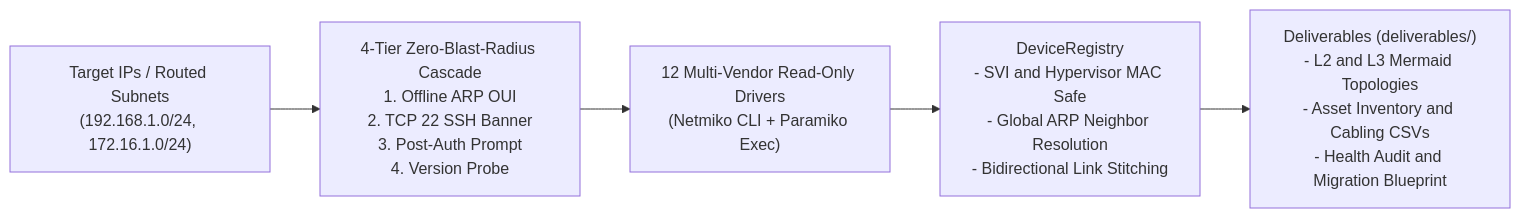
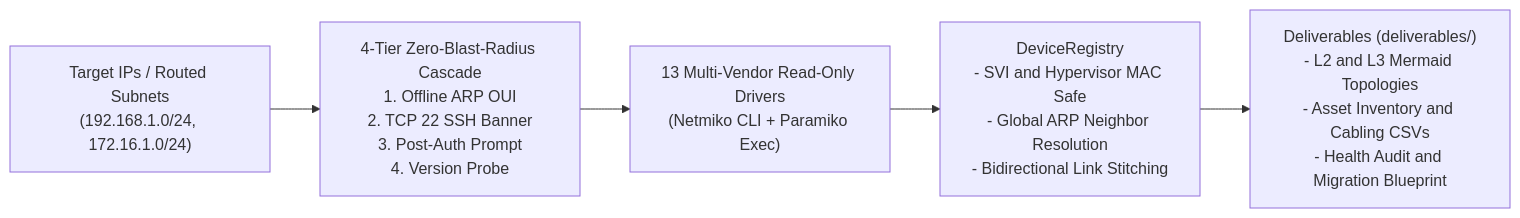
Before and after one commit to leifdavisson/net-docu-crawler: the diagram in README.md, drawn with Mermaid. The commit also changed other lines of this file and 21 other files, not shown here.

Commit message:
docs(config,drivers): align Fortinet read-only paging, packaging, credentials, and driver docs

````diff
--- a/README.md
+++ b/README.md
@@ -26,13 +26,13 @@
 ```mermaid
 flowchart LR
     Targets["Target IPs / Routed Subnets<br>(192.168.1.0/24, 172.16.1.0/24)"]
     Cascade["4-Tier Zero-Blast-Radius Cascade<br>1. Offline ARP OUI<br>2. TCP 22 SSH Banner<br>3. Post-Auth Prompt<br>4. Version Probe"]
-    Drivers["12 Multi-Vendor Read-Only Drivers<br>(Netmiko CLI + Paramiko Exec)"]
+    Drivers["13 Multi-Vendor Read-Only Drivers<br>(Netmiko CLI + Paramiko Exec)"]
     Registry["DeviceRegistry<br>- SVI and Hypervisor MAC Safe<br>- Global ARP Neighbor Resolution<br>- Bidirectional Link Stitching"]
     Reports["Deliverables (deliverables/)<br>- L2 and L3 Mermaid Topologies<br>- Asset Inventory and Cabling CSVs<br>- Health Audit and Migration Blueprint"]
 
     Targets --> Cascade
     Cascade --> Drivers
     Drivers --> Registry
     Registry --> Reports
 ```
````
